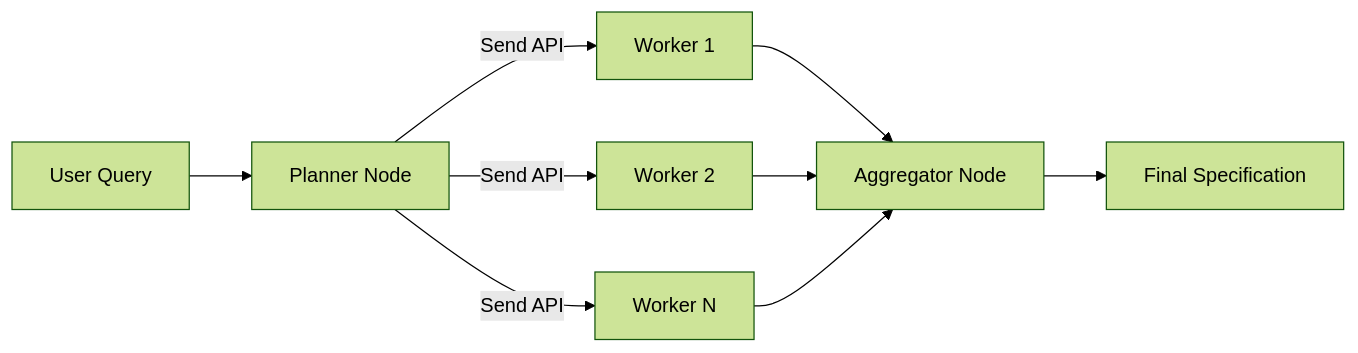
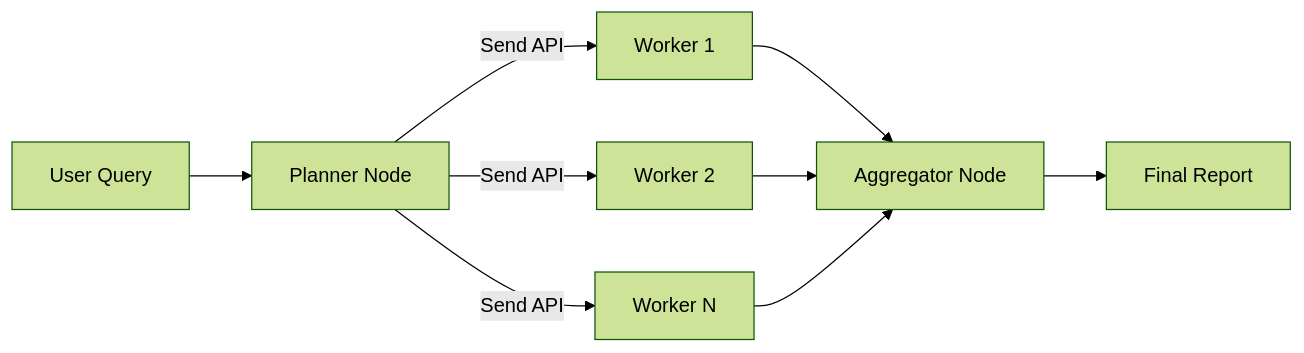
One commit to jsegov/shipspec-cli changed the diagram in AGENTS.md. Above: the diagram before and after it, drawn with Mermaid (forest theme). The commit also changed other lines of this file and 7 other files, not shown here.

````diff
--- a/AGENTS.md
+++ b/AGENTS.md
@@ -582,11 +547,11 @@
 ```mermaid
 flowchart LR
     UserQuery[User Query] --> Planner[Planner Node]
     Planner -->|Send API| Worker1[Worker 1]
     Planner -->|Send API| Worker2[Worker 2]
     Planner -->|Send API| WorkerN[Worker N]
     Worker1 --> Aggregator[Aggregator Node]
     Worker2 --> Aggregator
     WorkerN --> Aggregator
-    Aggregator --> FinalSpec[Final Specification]
+    Aggregator --> Result[Final Report]
 ```
````
